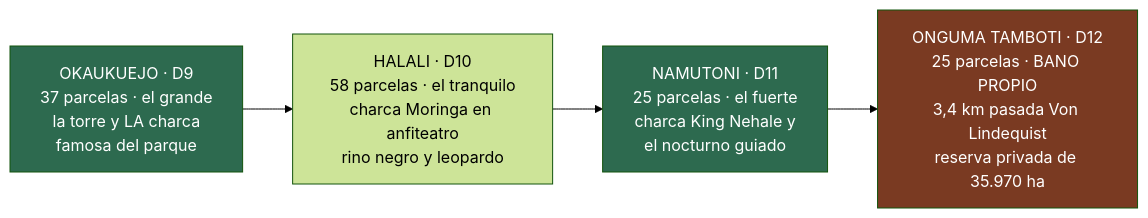
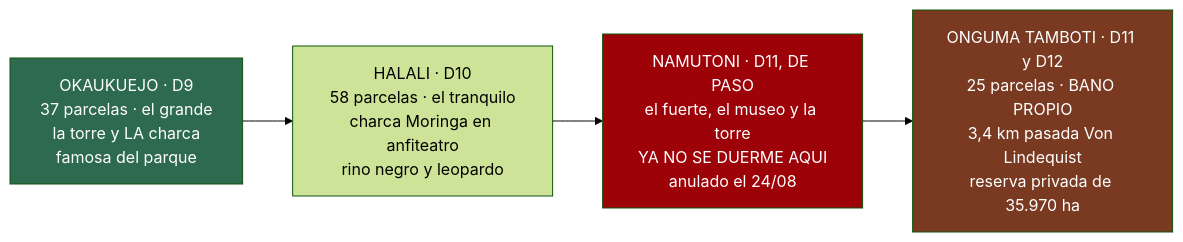
One commit to morandeirachema/namibia changed the diagram in 21-campamentos-de-etosha.md. Above: the diagram before and after it, drawn with Mermaid (forest theme). The commit also changed other lines of this file and 44 other files, not shown here.

First line of the commit message:
El calendario se rehace sobre las reservas hechas: Spreetshoogte una noche, Twyfelfontein nueva y Onguma por Namutoni

````diff
--- a/21-campamentos-de-etosha.md
+++ b/21-campamentos-de-etosha.md
@@ -22,10 +22,10 @@
 ```mermaid
 flowchart LR
 %% ancho
     O["OKAUKUEJO · D9<br/>37 parcelas · el grande<br/>la torre y LA charca<br/>famosa del parque"] --> H["HALALI · D10<br/>58 parcelas · el tranquilo<br/>charca Moringa en anfiteatro<br/>rino negro y leopardo"]
-    H --> N["NAMUTONI · D11<br/>25 parcelas · el fuerte<br/>charca King Nehale y<br/>el nocturno guiado"]
-    N --> G["ONGUMA TAMBOTI · D12<br/>25 parcelas · BANO PROPIO<br/>3,4 km pasada Von Lindequist<br/>reserva privada de 35.970 ha"]
+    H --> N["NAMUTONI · D11, DE PASO<br/>el fuerte, el museo y la torre<br/>YA NO SE DUERME AQUI<br/>anulado el 24/08"]
+    N --> G["ONGUMA TAMBOTI · D11 y D12<br/>25 parcelas · BANO PROPIO<br/>3,4 km pasada Von Lindequist<br/>reserva privada de 35.970 ha"]
     style O fill:#2d6a4f,color:#fff
-    style N fill:#2d6a4f,color:#fff
+    style N fill:#9d0208,color:#fff
     style G fill:#7a3a22,color:#fff
 ```
````
